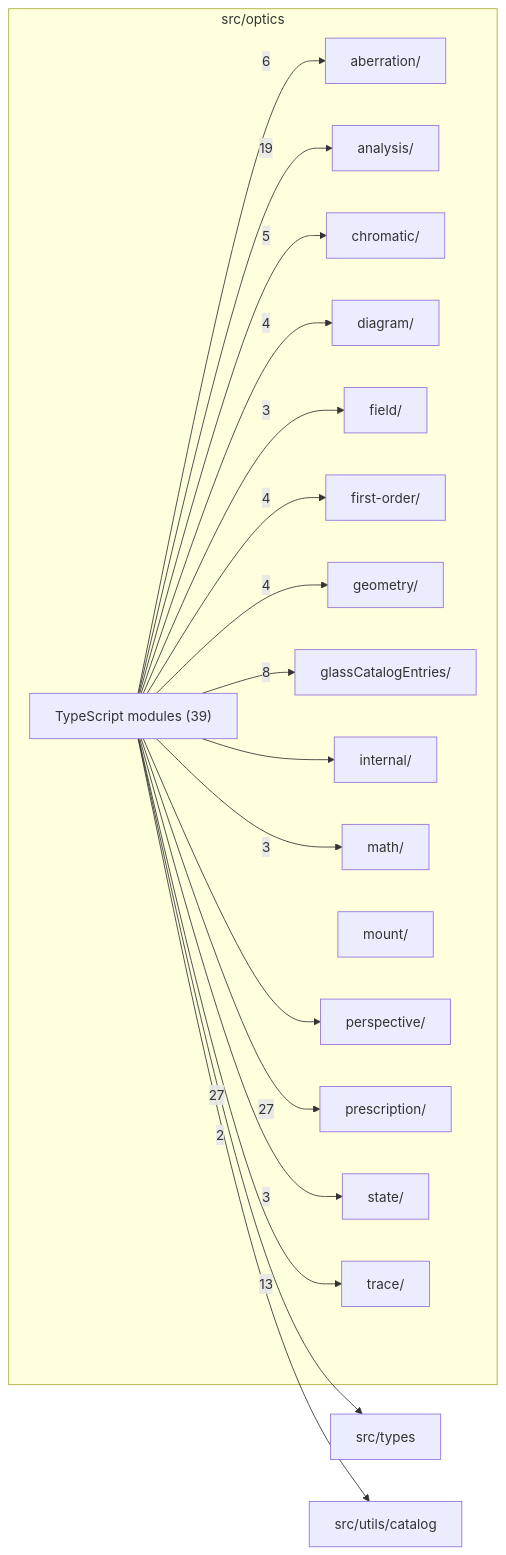
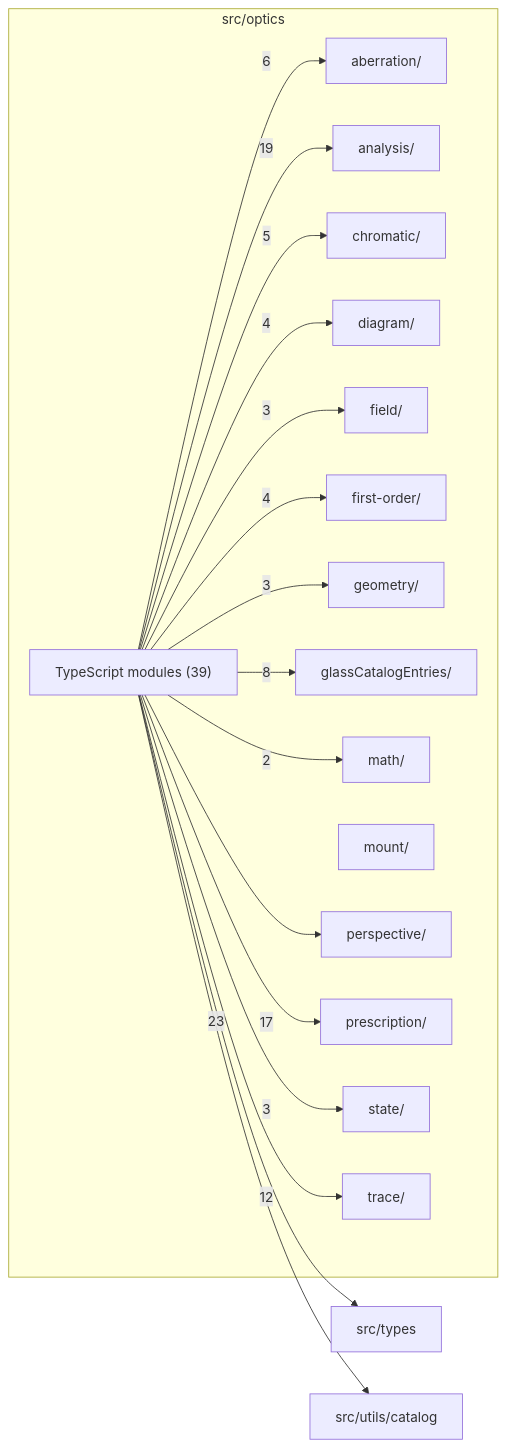
Before and after one commit to ronbuening/LensVisualizer: the diagram in src/optics/readme.md, drawn with Mermaid. The commit also changed other lines of this file and 37 other files, not shown here.

````diff
--- a/src/optics/readme.md
+++ b/src/optics/readme.md
@@ -9,39 +9,37 @@
 ```mermaid
 flowchart LR
   subgraph n_src_optics["src/optics"]
     n_src_optics_src_optics_aberration["aberration/"]
     n_src_optics_src_optics_analysis["analysis/"]
     n_src_optics_src_optics_chromatic["chromatic/"]
     n_src_optics_src_optics_diagram["diagram/"]
     n_src_optics_src_optics_field["field/"]
     n_src_optics_src_optics_first_order["first-order/"]
     n_src_optics_src_optics_geometry["geometry/"]
     n_src_optics_src_optics_glassCatalogEntries["glassCatalogEntries/"]
-    n_src_optics_src_optics_internal["internal/"]
     n_src_optics_src_optics_math["math/"]
     n_src_optics_src_optics_mount["mount/"]
     n_src_optics_src_optics_perspective["perspective/"]
     n_src_optics_src_optics_prescription["prescription/"]
     n_src_optics_src_optics_state["state/"]
     n_src_optics_src_optics_trace["trace/"]
     n_src_optics_TypeScript_modules["TypeScript modules (39)"]
   end
   n_external_src_types["src/types"]
   n_external_src_utils_catalog["src/utils/catalog"]
-  n_src_optics_TypeScript_modules --> |27| n_external_src_types
-  n_src_optics_TypeScript_modules --> |27| n_src_optics_src_optics_prescription
+  n_src_optics_TypeScript_modules --> |23| n_external_src_types
   n_src_optics_TypeScript_modules --> |19| n_src_optics_src_optics_analysis
-  n_src_optics_TypeScript_modules --> |13| n_src_optics_src_optics_trace
+  n_src_optics_TypeScript_modules --> |17| n_src_optics_src_optics_prescription
+  n_src_optics_TypeScript_modules --> |12| n_src_optics_src_optics_trace
   n_src_optics_TypeScript_modules --> |8| n_src_optics_src_optics_glassCatalogEntries
   n_src_optics_TypeScript_modules --> |6| n_src_optics_src_optics_aberration
   n_src_optics_TypeScript_modules --> |5| n_src_optics_src_optics_chromatic
   n_src_optics_TypeScript_modules --> |4| n_src_optics_src_optics_diagram
   n_src_optics_TypeScript_modules --> |4| n_src_optics_src_optics_first_order
-  n_src_optics_TypeScript_modules --> |4| n_src_optics_src_optics_geometry
   n_src_optics_TypeScript_modules --> |3| n_src_optics_src_optics_field
-  n_src_optics_TypeScript_modules --> |3| n_src_optics_src_optics_math
+  n_src_optics_TypeScript_modules --> |3| n_src_optics_src_optics_geometry
   n_src_optics_TypeScript_modules --> |3| n_src_optics_src_optics_state
-  n_src_optics_TypeScript_modules --> |2| n_external_src_utils_catalog
-  n_src_optics_TypeScript_modules --> n_src_optics_src_optics_internal
+  n_src_optics_TypeScript_modules --> |2| n_src_optics_src_optics_math
+  n_src_optics_TypeScript_modules --> n_external_src_utils_catalog
   n_src_optics_TypeScript_modules --> n_src_optics_src_optics_perspective
 ```
````
